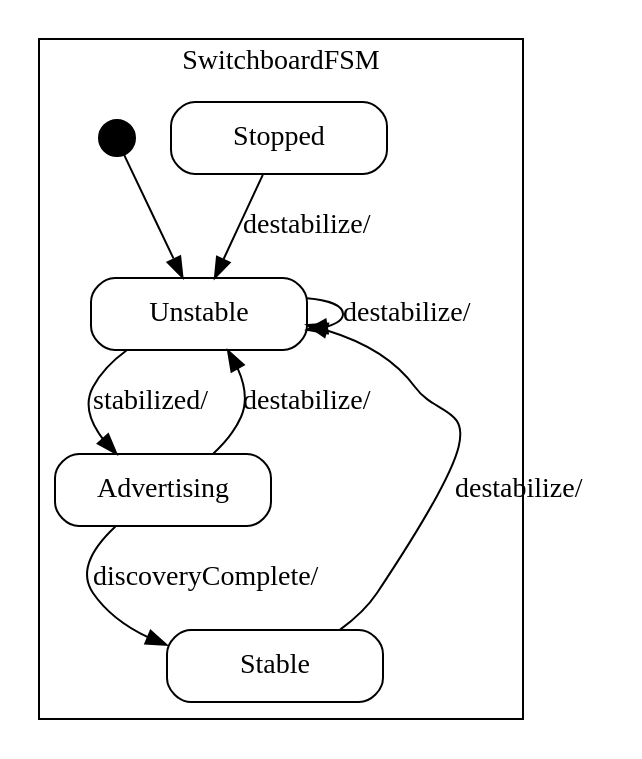
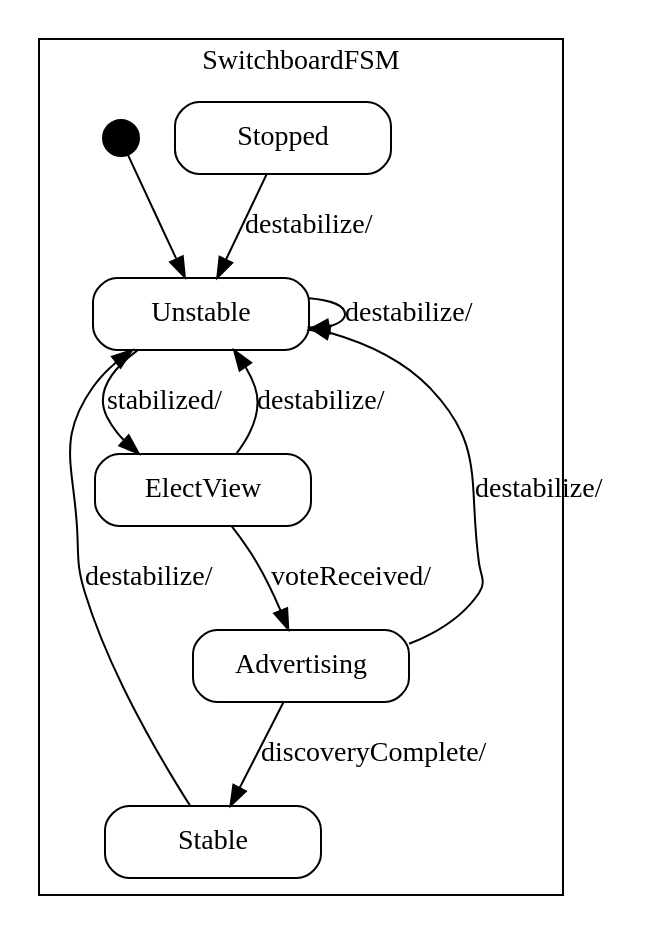
The diagram in common/doc/Switchboard_sm.dot (vmehra-sfdc/Ouroboros), drawn with Graphviz before and after one commit. The commit also changed 5 other files, not shown here.

```diff
--- a/common/doc/Switchboard_sm.dot
+++ b/common/doc/Switchboard_sm.dot
@@ -1,54 +1,63 @@
 digraph Switchboard {
 
     node
         [shape=Mrecord width=1.5];
 
     subgraph cluster_SwitchboardFSM {
 
         label="SwitchboardFSM";
 
         //
         // States (Nodes)
         //
 
         "SwitchboardFSM::Unstable"
             [label="{Unstable}"];
 
         "SwitchboardFSM::Stable"
             [label="{Stable}"];
 
+        "SwitchboardFSM::ElectView"
+            [label="{ElectView}"];
+
         "SwitchboardFSM::Advertising"
             [label="{Advertising}"];
 
         "SwitchboardFSM::Stopped"
             [label="{Stopped}"];
 
         "%start"
             [label="" shape=circle style=filled fillcolor=black width=0.25];
 
         //
         // Transitions (Edges)
         //
 
-        "SwitchboardFSM::Unstable" -> "SwitchboardFSM::Advertising"
+        "SwitchboardFSM::Unstable" -> "SwitchboardFSM::ElectView"
             [label="stabilized/\l"];
 
         "SwitchboardFSM::Unstable" -> "SwitchboardFSM::Unstable"
             [label="destabilize/\l"];
 
         "SwitchboardFSM::Stable" -> "SwitchboardFSM::Unstable"
+            [label="destabilize/\l"];
+
+        "SwitchboardFSM::ElectView" -> "SwitchboardFSM::Advertising"
+            [label="voteReceived/\l"];
+
+        "SwitchboardFSM::ElectView" -> "SwitchboardFSM::Unstable"
             [label="destabilize/\l"];
 
         "SwitchboardFSM::Advertising" -> "SwitchboardFSM::Stable"
             [label="discoveryComplete/\l"];
 
         "SwitchboardFSM::Advertising" -> "SwitchboardFSM::Unstable"
             [label="destabilize/\l"];
 
         "SwitchboardFSM::Stopped" -> "SwitchboardFSM::Unstable"
             [label="destabilize/\l"];
 
         "%start" -> "SwitchboardFSM::Unstable"
     }
 
 }
```
